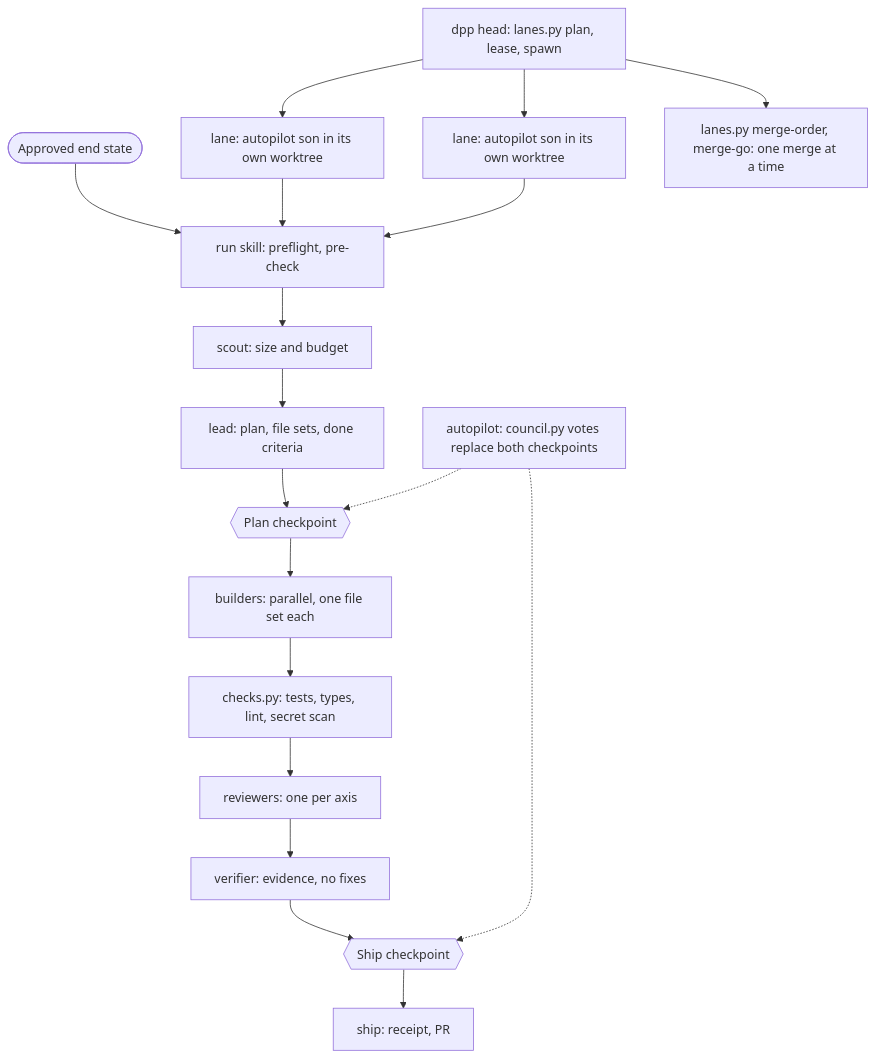
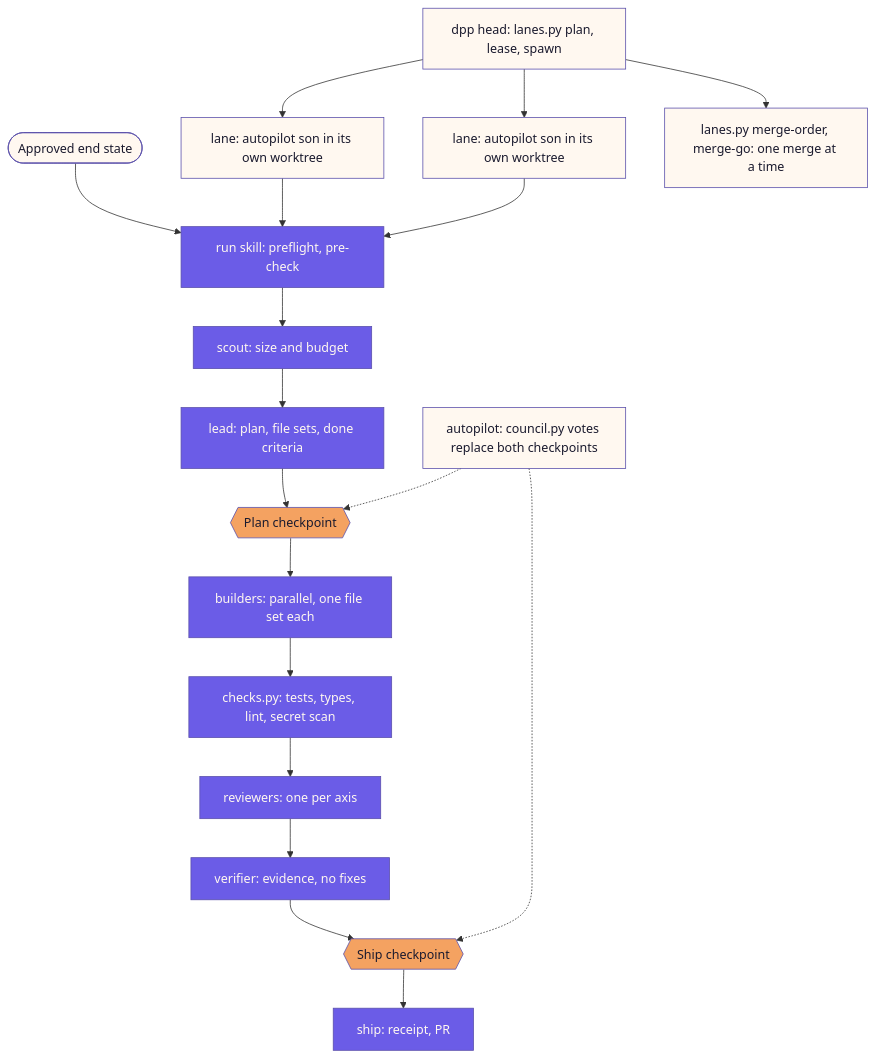
The diagram in plugins/dts2-harness/ARCHITECTURE.md (Dobeu-tech-eco/dts2-marketplace), drawn with Mermaid before and after one commit. The commit also changed other lines of this file and 21 other files, not shown here.

````diff
--- a/plugins/dts2-harness/ARCHITECTURE.md
+++ b/plugins/dts2-harness/ARCHITECTURE.md
@@ -7,21 +9,28 @@
 ```mermaid
 flowchart TD
   user([Approved end state]) --> run["run skill: preflight, pre-check"]
   run --> scout["scout: size and budget"]
   scout --> lead["lead: plan, file sets, done criteria"]
   lead --> cp1{{Plan checkpoint}}
   cp1 --> builders["builders: parallel, one file set each"]
   builders --> gate["checks.py: tests, types, lint, secret scan"]
   gate --> reviewers["reviewers: one per axis"]
   reviewers --> verifier["verifier: evidence, no fixes"]
   verifier --> cp2{{Ship checkpoint}}
   cp2 --> ship["ship: receipt, PR"]
 
   autopilot["autopilot: council.py votes replace both checkpoints"] -.-> cp1
   autopilot -.-> cp2
   dpp["dpp head: lanes.py plan, lease, spawn"] --> lane1["lane: autopilot son in its own worktree"]
   dpp --> lane2["lane: autopilot son in its own worktree"]
   lane1 --> run
   lane2 --> run
   dpp --> merge["lanes.py merge-order, merge-go: one merge at a time"]
+
+  classDef step fill:#6B5CE7,stroke:#5A4FAB,color:#FFF8F0
+  classDef checkpoint fill:#F4A261,stroke:#5A4FAB,color:#1A1A2E
+  classDef ctrl fill:#FFF8F0,stroke:#5A4FAB,color:#1A1A2E
+  class run,scout,lead,builders,gate,reviewers,verifier,ship step
+  class cp1,cp2 checkpoint
+  class user,autopilot,dpp,lane1,lane2,merge ctrl
 ```
````
